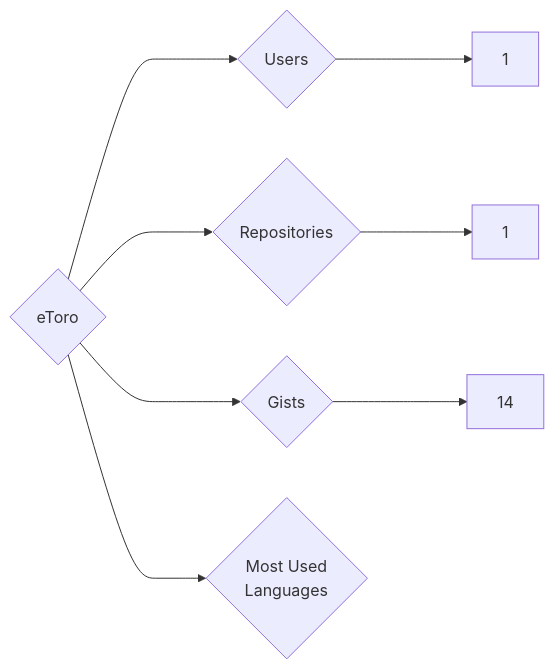
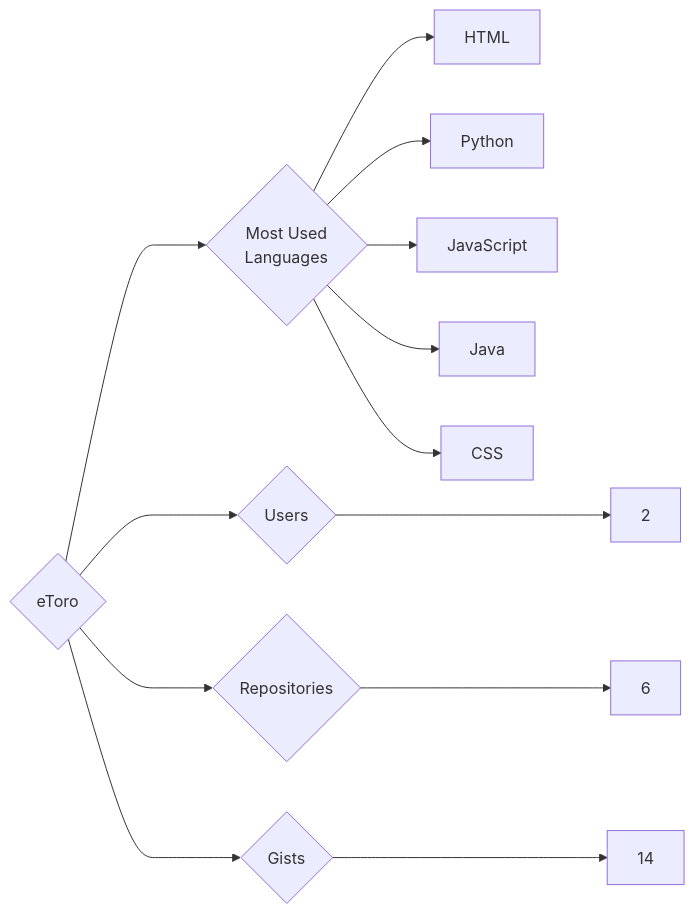
Before and after one commit to trickest/insiders: the diagram in targets/eToro/README.md, drawn with Mermaid. The commit also changed 783 other files, not shown here.

````diff
--- a/targets/eToro/README.md
+++ b/targets/eToro/README.md
@@ -3,8 +3,13 @@
 ```mermaid
 graph LR
 COMPANY_NAME{eToro}
-COMPANY_NAME ---> U{Users} ---> UN[1]
-COMPANY_NAME ---> R{Repositories} ---> RN[1]
+COMPANY_NAME ---> U{Users} ---> UN[2]
+COMPANY_NAME ---> R{Repositories} ---> RN[6]
 COMPANY_NAME ---> G{Gists} ---> GN[14]
 COMPANY_NAME ---> ML{Most Used<br>Languages}
+ML --> HTML[HTML]
+ML --> Python[Python]
+ML --> JavaScript[JavaScript]
+ML --> Java[Java]
+ML --> CSS[CSS]
 ```
````
